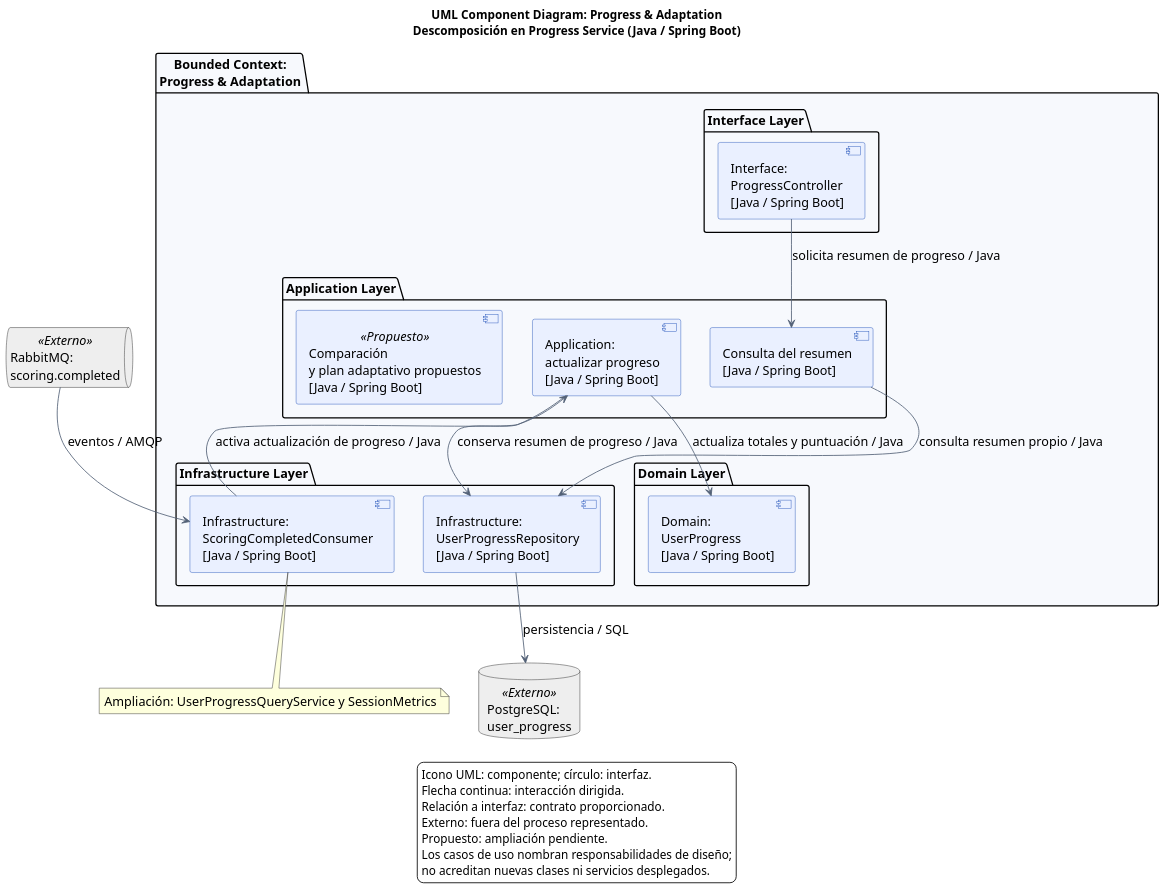
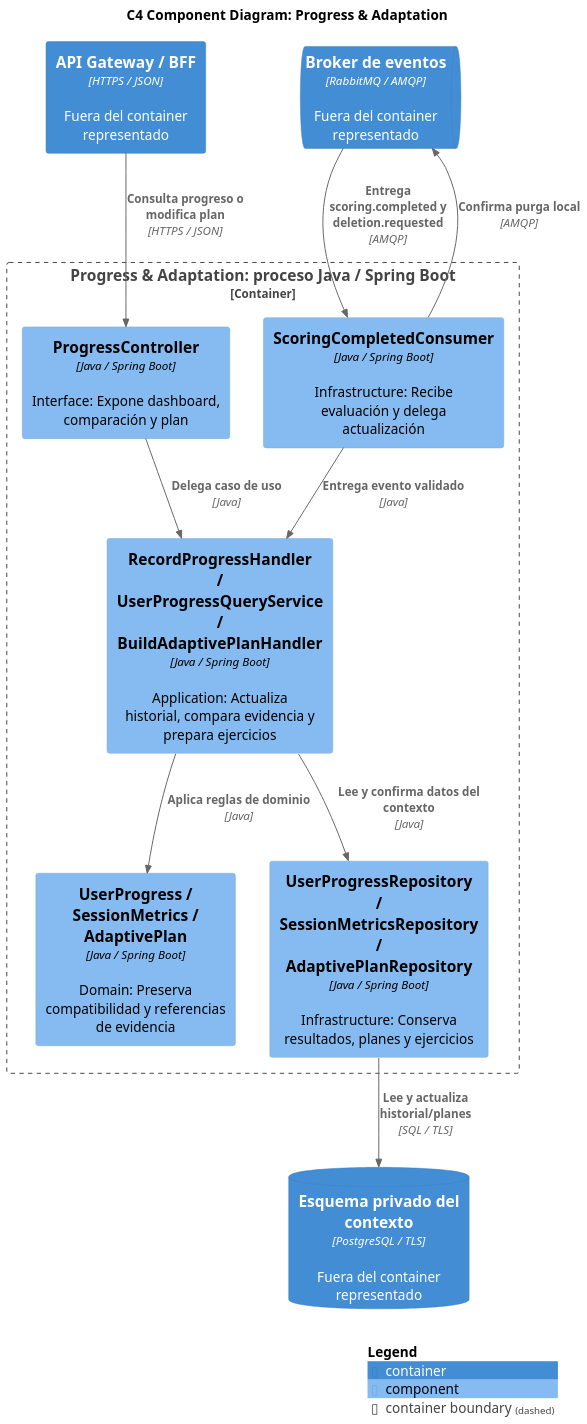
The diagram in assets/diagrams/tactical/05-progress-adaptation-components.puml (upc-pre-202620-si728-16365-thropic/talki-project-report), drawn with PlantUML before and after one commit. The commit also changed 6 other files, not shown here.

First line of the commit message:
docs(5.5): completa modelos y contratos de Progress & Adaptation

```diff
--- a/assets/diagrams/tactical/05-progress-adaptation-components.puml
+++ b/assets/diagrams/tactical/05-progress-adaptation-components.puml
@@ -1,54 +1,26 @@
 @startuml
+!include <C4/C4_Component>
 skinparam defaultFontName Arial
-skinparam defaultFontSize 15
-skinparam shadowing false
-skinparam componentStyle uml2
-skinparam backgroundColor white
-skinparam componentBackgroundColor #EAF0FF
-skinparam componentBorderColor #1749B5
-skinparam ArrowColor #536177
-skinparam packageBackgroundColor #F7F9FD
-skinparam dpi 130
-title
-UML Component Diagram: Progress & Adaptation
-Descomposición en Progress Service (Java / Spring Boot)
-end title
-queue "RabbitMQ:\nscoring.completed" as broker <<Externo>> #EEEEEE
-database "PostgreSQL:\nuser_progress" as db <<Externo>> #EEEEEE
-package "Bounded Context:\nProgress & Adaptation" {
-  package "Interface Layer" {
-    component "Interface:\nProgressController\n[Java / Spring Boot]" as input
-  }
-  package "Application Layer" {
-    component "Consulta del resumen\n[Java / Spring Boot]" as query
-    component "Application:\nactualizar progreso\n[Java / Spring Boot]" as app
-    component "Comparación\ny plan adaptativo propuestos\n[Java / Spring Boot]" as view <<Propuesto>>
-  }
-  package "Domain Layer" {
-    component "Domain:\nUserProgress\n[Java / Spring Boot]" as model
-  }
-  package "Infrastructure Layer" {
-    component "Infrastructure:\nUserProgressRepository\n[Java / Spring Boot]" as repo
-    component "Infrastructure:\nScoringCompletedConsumer\n[Java / Spring Boot]" as consumer
-  }
+skinparam dpi 150
+LAYOUT_TOP_DOWN()
+title C4 Component Diagram: Progress & Adaptation
+Container(bff, "API Gateway / BFF", "HTTPS / JSON", "Fuera del container representado")
+ContainerQueue(bus, "Broker de eventos", "RabbitMQ / AMQP", "Fuera del container representado")
+ContainerDb(db, "Esquema privado del contexto", "PostgreSQL / TLS", "Fuera del container representado")
+Container_Boundary(scope, "Progress & Adaptation: proceso Java / Spring Boot") {
+  Component(api, "ProgressController", "Java / Spring Boot", "Interface: Expone dashboard, comparación y plan")
+  Component(app, "RecordProgressHandler / UserProgressQueryService / BuildAdaptivePlanHandler", "Java / Spring Boot", "Application: Actualiza historial, compara evidencia y prepara ejercicios")
+  Component(rules, "UserProgress / SessionMetrics / AdaptivePlan", "Java / Spring Boot", "Domain: Preserva compatibilidad y referencias de evidencia")
+  Component(repo, "UserProgressRepository / SessionMetricsRepository / AdaptivePlanRepository", "Java / Spring Boot", "Infrastructure: Conserva resultados, planes y ejercicios")
+  Component(consumer, "ScoringCompletedConsumer", "Java / Spring Boot", "Infrastructure: Recibe evaluación y delega actualización")
 }
-input --> query : solicita resumen de progreso / Java
-query --> repo : consulta resumen propio / Java
-broker --> consumer : eventos / AMQP
-consumer --> app : activa actualización de progreso / Java
-app --> model : actualiza totales y puntuación / Java
-app --> repo : conserva resumen de progreso / Java
-repo --> db : persistencia / SQL
-note bottom
-Ampliación: UserProgressQueryService y SessionMetrics
-end note
-legend bottom
-Icono UML: componente; círculo: interfaz.
-Flecha continua: interacción dirigida.
-Relación a interfaz: contrato proporcionado.
-Externo: fuera del proceso representado.
-Propuesto: ampliación pendiente.
-Los casos de uso nombran responsabilidades de diseño;
-no acreditan nuevas clases ni servicios desplegados.
-endlegend
+Rel(api, app, "Delega caso de uso", "Java")
+Rel(consumer, app, "Entrega evento validado", "Java")
+Rel(app, rules, "Aplica reglas de dominio", "Java")
+Rel(app, repo, "Lee y confirma datos del contexto", "Java")
+Rel(bff, api, "Consulta progreso o modifica plan", "HTTPS / JSON")
+Rel(bus, consumer, "Entrega scoring.completed y deletion.requested", "AMQP")
+Rel(consumer, bus, "Confirma purga local", "AMQP")
+Rel(repo, db, "Lee y actualiza historial/planes", "SQL / TLS")
+SHOW_LEGEND()
 @enduml
```
